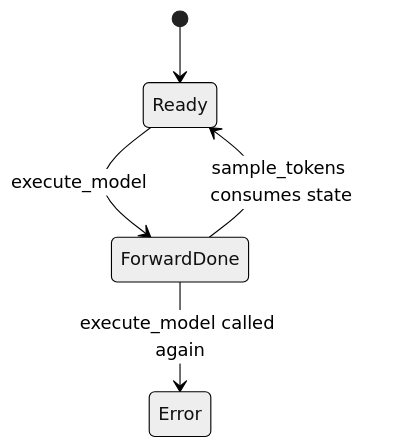
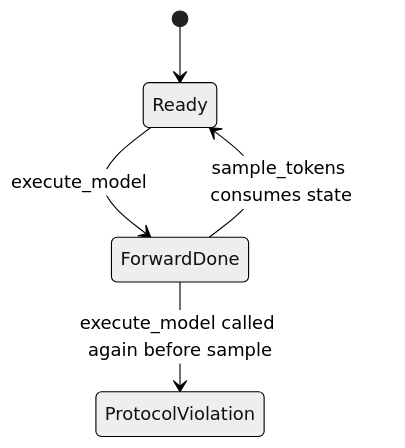
Before and after one commit to cluster1900/vllm_reader: diagram 27 of 41 in book/07-model-execution/README.md, drawn with Mermaid (neutral theme). The commit also changed other lines of this file and 19 other files, not shown here.

````diff
--- a/book/07-model-execution/README.md
+++ b/book/07-model-execution/README.md
@@ -768,7 +768,7 @@
 ```mermaid
 stateDiagram-v2
     [*] --> Ready
     Ready --> ForwardDone: execute_model
     ForwardDone --> Ready: sample_tokens consumes state
-    ForwardDone --> Error: execute_model called again
+    ForwardDone --> ProtocolViolation: execute_model called again before sample
 ```
````
